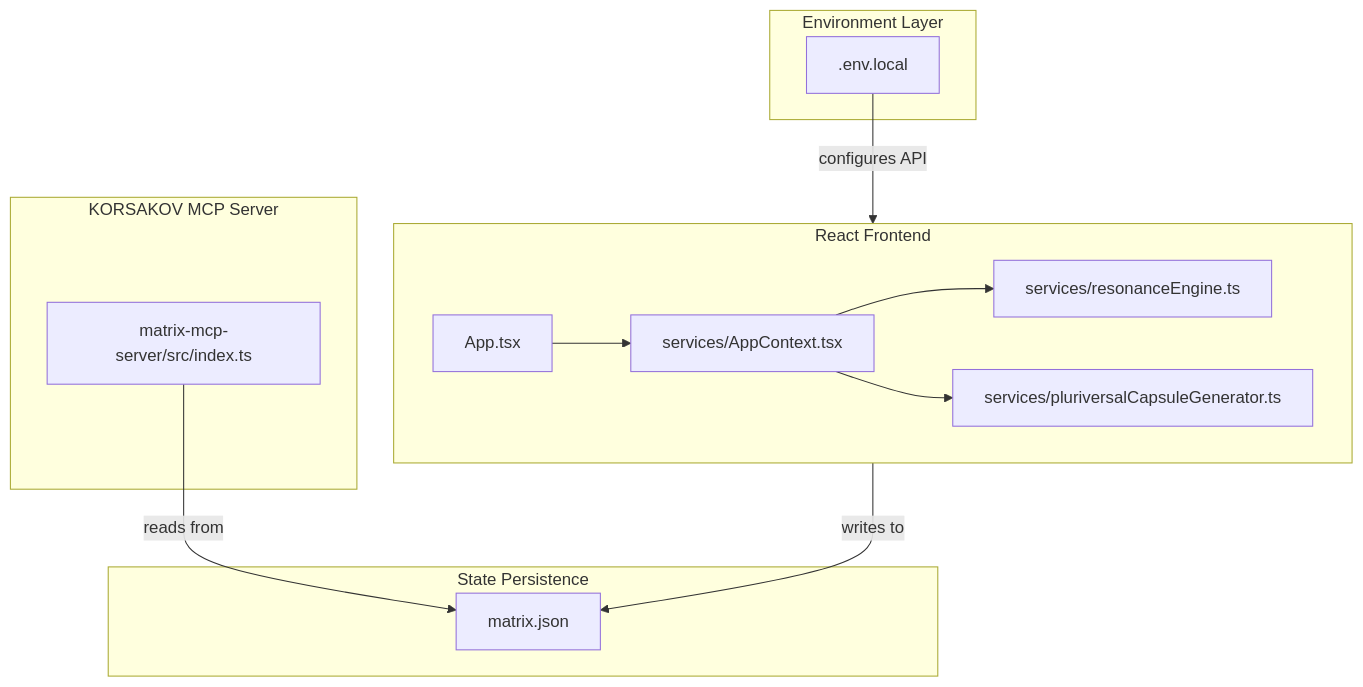
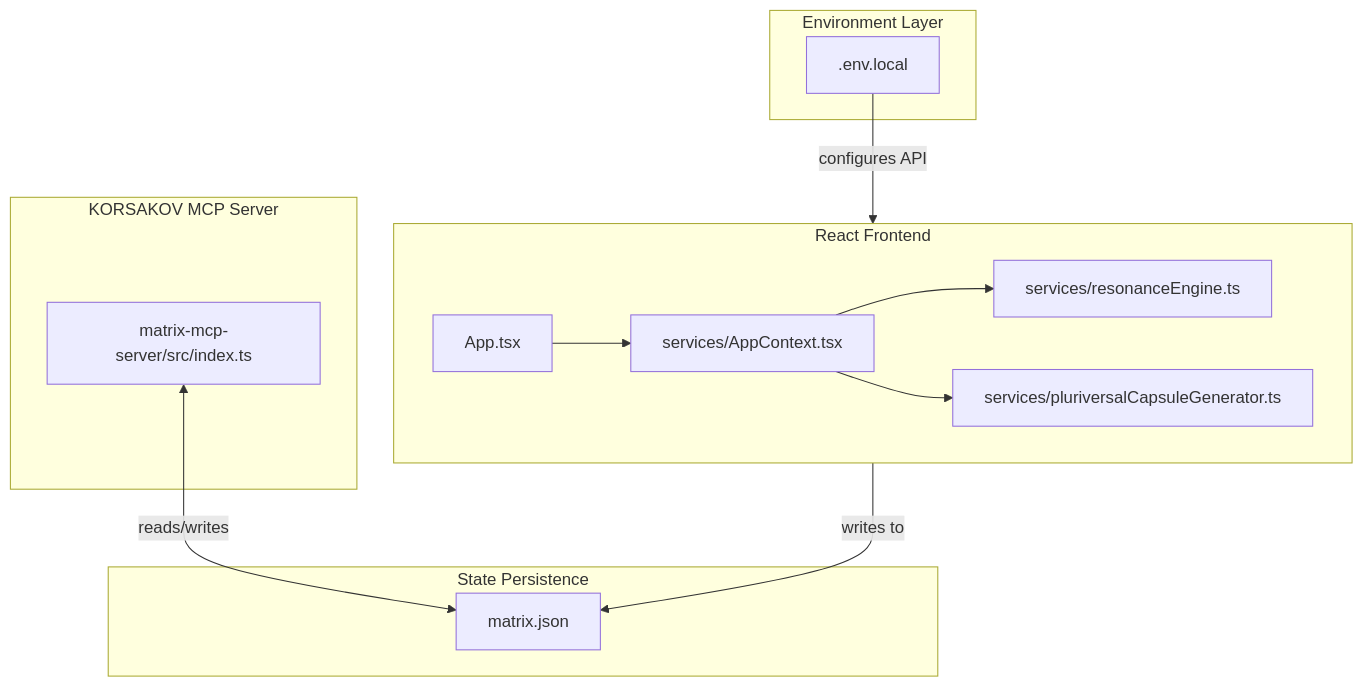
The first of 2 diagrams in README.md (projectedanx/SAG), drawn with Mermaid before and after one commit.

Commit message:
Apply suggestion from @gemini-code-assist[bot]

````diff
--- a/README.md
+++ b/README.md
@@ -21,28 +21,28 @@
 ```mermaid
 graph TD
     subgraph ENV["Environment Layer"]
         E1[.env.local]
     end
 
     subgraph STATE["State Persistence"]
         M1[matrix.json]
     end
 
     subgraph APP["React Frontend"]
         A1[App.tsx]
         A2[services/AppContext.tsx]
         A3[services/resonanceEngine.ts]
         A4[services/pluriversalCapsuleGenerator.ts]
         A1 --> A2
         A2 --> A3
         A2 --> A4
     end
 
     subgraph MCP["KORSAKOV MCP Server"]
         K1[matrix-mcp-server/src/index.ts]
     end
 
     E1 -->|configures API| APP
     APP -->|writes to| M1
-    K1 -->|reads from| M1
+    K1 <-->|reads/writes| M1
 ```
````
